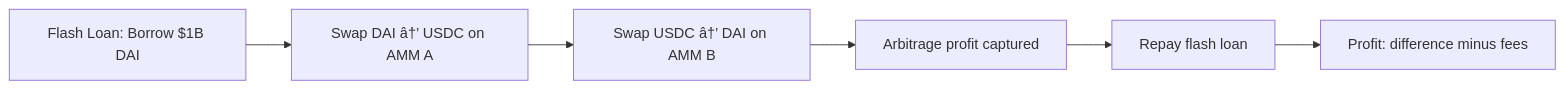
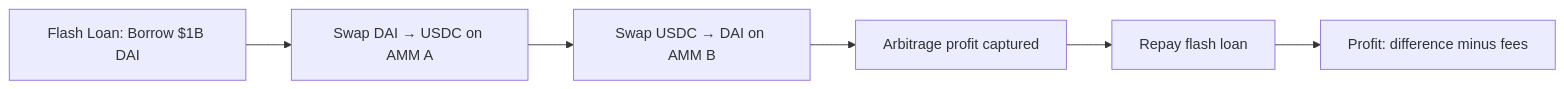
The second of 4 diagrams in docs/courses/cyber-security/19-blockchain-defi-security.md (Raushan666java/ai-engineering-journey), drawn with Mermaid before and after one commit. The commit also changed other lines of this file and 965 other files, not shown here.

````diff
--- a/docs/courses/cyber-security/19-blockchain-defi-security.md
+++ b/docs/courses/cyber-security/19-blockchain-defi-security.md
@@ -331,8 +331,8 @@
 ```mermaid
 flowchart LR
-    A[Flash Loan: Borrow $1B DAI] --> B[Swap DAI â†’ USDC on AMM A]
-    B --> C[Swap USDC â†’ DAI on AMM B]
+    A[Flash Loan: Borrow $1B DAI] --> B[Swap DAI → USDC on AMM A]
+    B --> C[Swap USDC → DAI on AMM B]
     C --> D[Arbitrage profit captured]
     D --> E[Repay flash loan]
     E --> F[Profit: difference minus fees]
 ```
````
